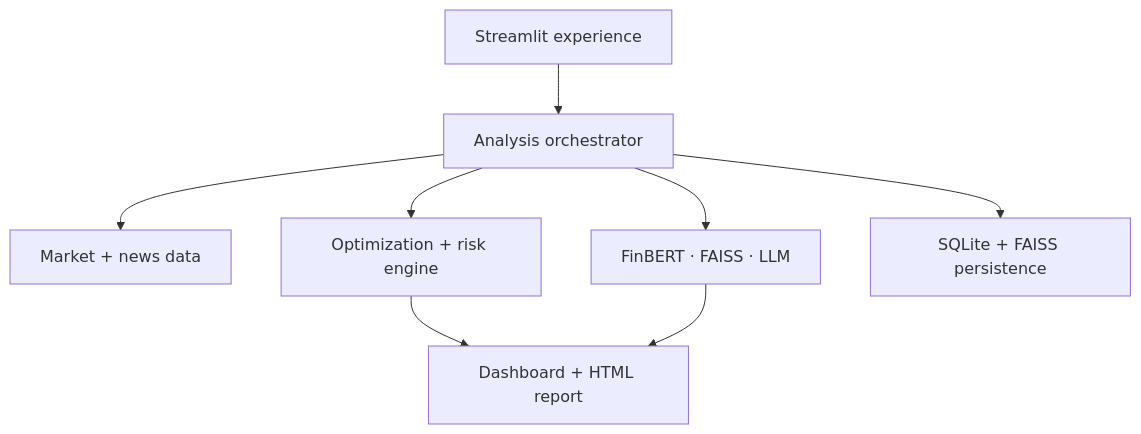
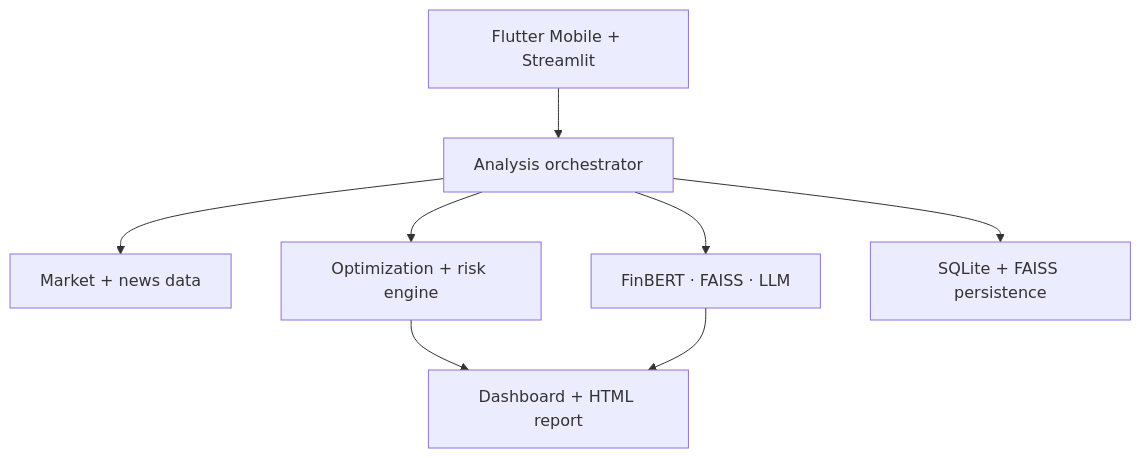
One commit to jonathan205746/AXIOM-Portfolio-Intelligence changed the first of 2 diagrams in README.md. Above: the diagram before and after it, drawn with Mermaid. The commit also changed other lines of this file and 179 other files, not shown here.

````diff
--- a/README.md
+++ b/README.md
@@ -87,10 +87,10 @@
 ```mermaid
 flowchart TB
-    U["Streamlit experience"] --> O["Analysis orchestrator"]
+    U["Flutter Mobile + Streamlit"] --> O["Analysis orchestrator"]
     O --> M["Market + news data"]
     O --> Q["Optimization + risk engine"]
     O --> A["FinBERT · FAISS · LLM"]
     Q --> R["Dashboard + HTML report"]
     A --> R
     O --> P["SQLite + FAISS persistence"]
 ```
````
